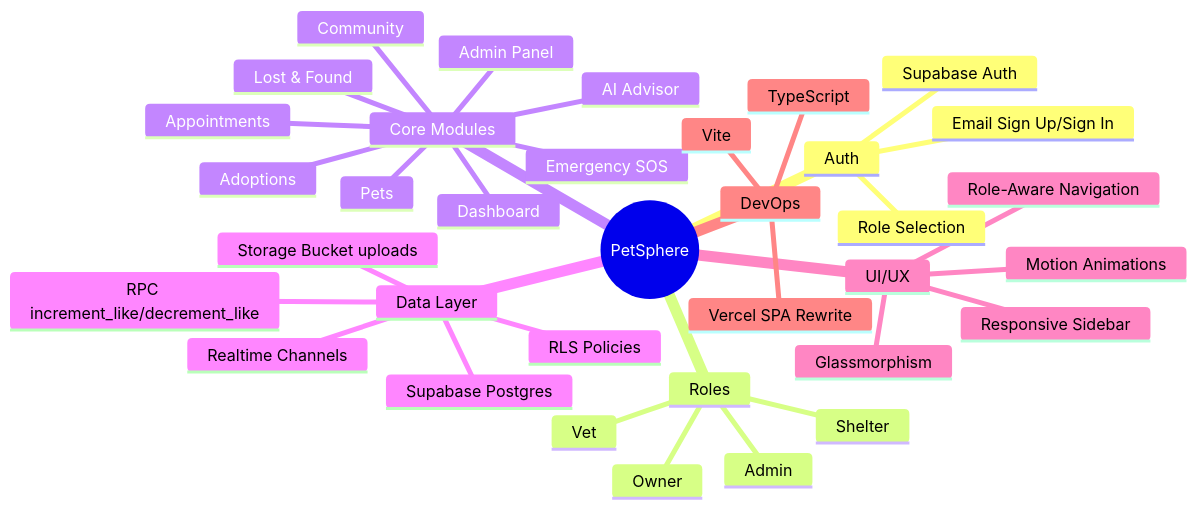
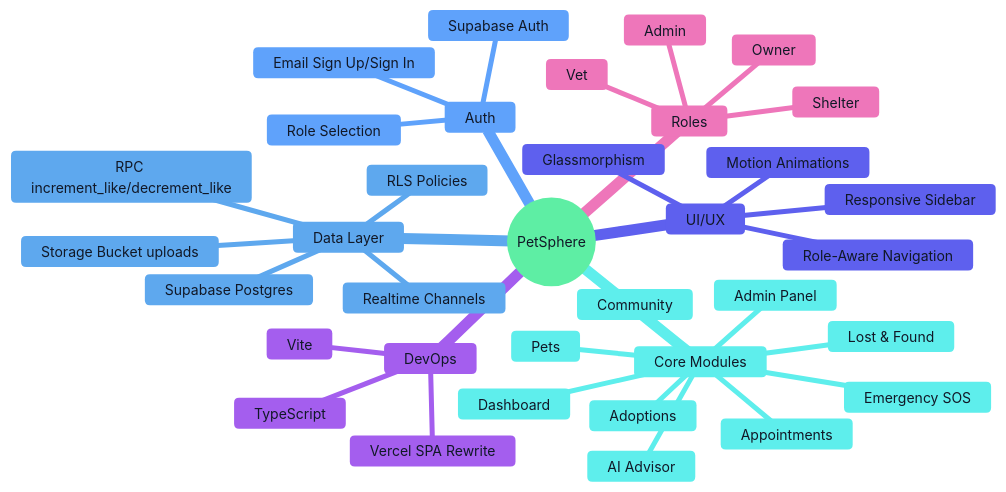
Before and after one commit to rajtilak-2020/Petsphere: the first of 4 diagrams in README.md, drawn with Mermaid.

Commit message:
Add custom theme configuration to Mindmap in README for improved visualization

````diff
--- a/README.md
+++ b/README.md
@@ -88,38 +88,53 @@
 ```mermaid
+%%{init: {
+  "theme": "base",
+  "themeVariables": {
+    "background": "#ffffff",
+    "primaryColor": "#D1FAE5",
+    "primaryTextColor": "#111827",
+    "secondaryColor": "#DBEAFE",
+    "secondaryTextColor": "#111827",
+    "tertiaryColor": "#FCE7F3",
+    "tertiaryTextColor": "#111827",
+    "lineColor": "#374151",
+    "textColor": "#111827",
+    "fontSize": "14px"
+  }
+}}%%
 mindmap
   root((PetSphere))
     Auth
       Supabase Auth
       Email Sign Up/Sign In
       Role Selection
     Roles
       Owner
       Vet
       Shelter
       Admin
     Core Modules
       Dashboard
       Pets
       Appointments
       Adoptions
       Lost & Found
       Community
       Emergency SOS
       AI Advisor
       Admin Panel
     Data Layer
       Supabase Postgres
       RLS Policies
       Realtime Channels
       Storage Bucket uploads
       RPC increment_like/decrement_like
     UI/UX
       Glassmorphism
       Motion Animations
       Role-Aware Navigation
       Responsive Sidebar
     DevOps
       Vite
       TypeScript
       Vercel SPA Rewrite
 ```
````
